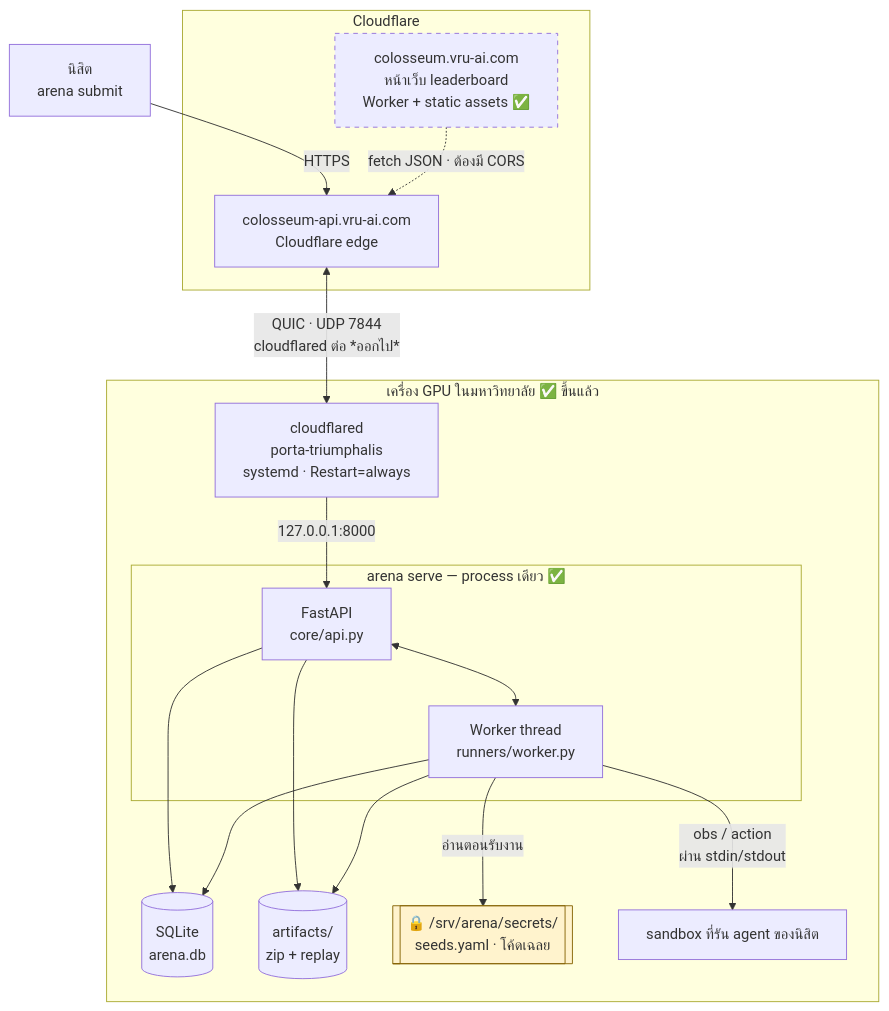
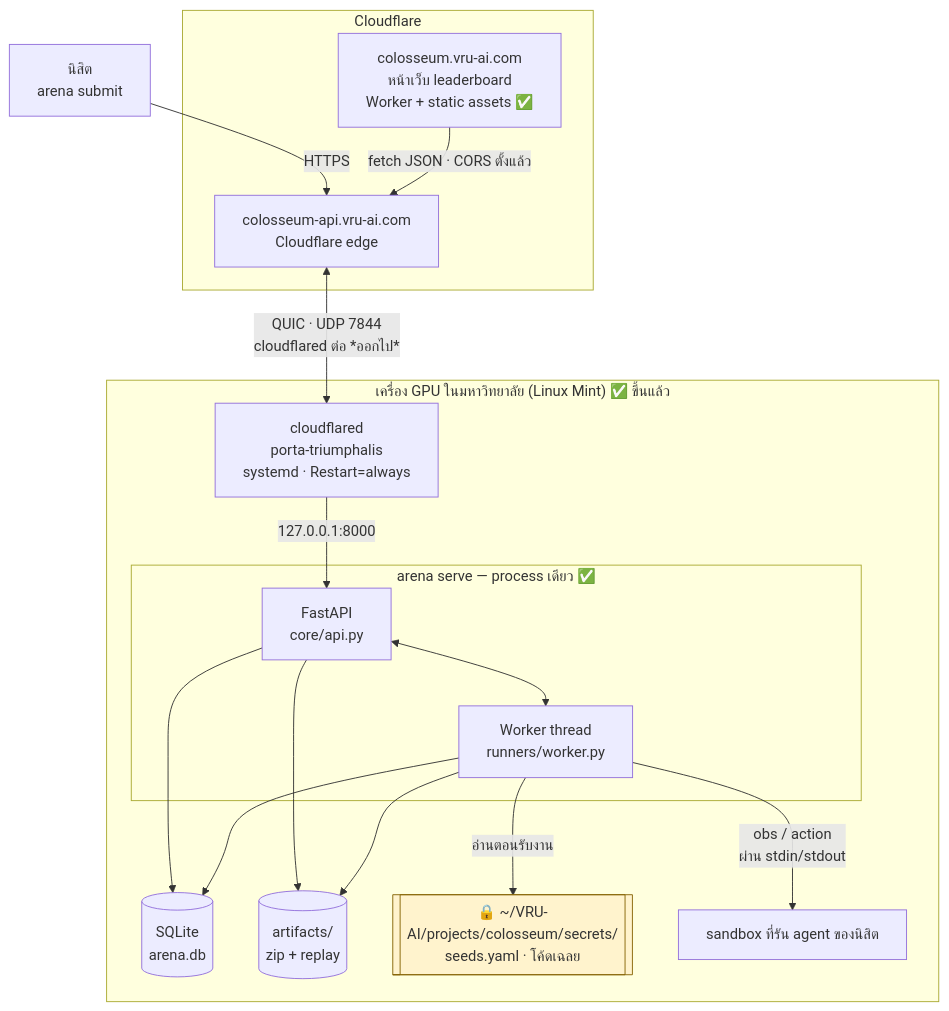
Before and after one commit to VRU-AI-SWU/colosseum-swu: the first of 3 diagrams in docs/architecture.md, drawn with Mermaid. The commit also changed 1 other file, not shown here.

Commit message:
docs: แก้ path ในเอกสารให้ตรงกับที่ติดตั้งจริง + diagram แสดงว่าหน้าเว็บขึ้นแล้ว
README §10.4 กับ diagram ใน architecture ยังเขียน /srv/arena/ ซึ่งเป็น path ในร่างแรก
ของจริงติดตั้งที่ ~/VRU-AI/projects/colosseum/ ตามที่ตกลงกันตอนวางแผนดิสก์

diagram: หน้าเว็บเปลี่ยนจากกรอบประ (ยังไม่ได้สร้าง) เป็นเส้นทึบ และเส้น fetch JSON
จากประเป็นทึบ เพราะ CORS ตั้งและทดสอบผ่านเบราว์เซอร์จริงแล้ว · render ซ้ำด้วย
mermaid-cli ยืนยันว่ายังอ่านออก

````diff
--- a/docs/architecture.md
+++ b/docs/architecture.md
@@ -15,34 +15,33 @@
 ```mermaid
 flowchart TB
     subgraph cloud["Cloudflare"]
         page["colosseum.vru-ai.com<br/>หน้าเว็บ leaderboard<br/>Worker + static assets ✅"]
         edge["colosseum-api.vru-ai.com<br/>Cloudflare edge"]
     end
 
-    subgraph uni["เครื่อง GPU ในมหาวิทยาลัย ✅ ขึ้นแล้ว"]
+    subgraph uni["เครื่อง GPU ในมหาวิทยาลัย (Linux Mint) ✅ ขึ้นแล้ว"]
         cfd["cloudflared<br/>porta-triumphalis<br/>systemd · Restart=always"]
         subgraph proc["arena serve — process เดียว ✅"]
             api["FastAPI<br/>core/api.py"]
             worker["Worker thread<br/>runners/worker.py"]
         end
         db[("SQLite<br/>arena.db")]
         art[("artifacts/<br/>zip + replay")]
-        secrets[["🔒 /srv/arena/secrets/<br/>seeds.yaml · โค้ดเฉลย"]]
+        secrets[["🔒 ~/VRU-AI/projects/colosseum/secrets/<br/>seeds.yaml · โค้ดเฉลย"]]
         sandbox["sandbox ที่รัน agent ของนิสิต"]
     end
 
     student["นิสิต<br/>arena submit"] -->|"HTTPS"| edge
-    page -.->|"fetch JSON · ต้องมี CORS"| edge
+    page -->|"fetch JSON · CORS ตั้งแล้ว"| edge
     edge <-->|"QUIC · UDP 7844<br/>cloudflared ต่อ *ออกไป*"| cfd
     cfd -->|"127.0.0.1:8000"| api
     api <--> worker
     api --> db
     worker --> db
     api --> art
     worker --> art
     worker -->|"อ่านตอนรับงาน"| secrets
     worker -->|"obs / action<br/>ผ่าน stdin/stdout"| sandbox
 
-    style page stroke-dasharray: 5 5
     style secrets fill:#fff3cd,stroke:#856404
 ```
````
